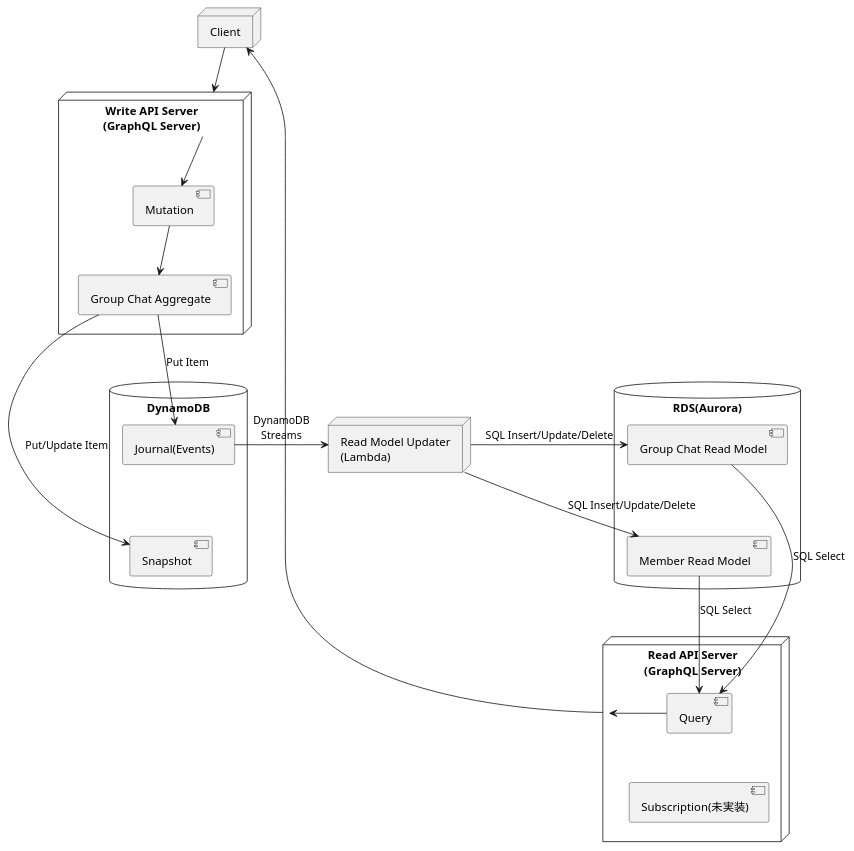
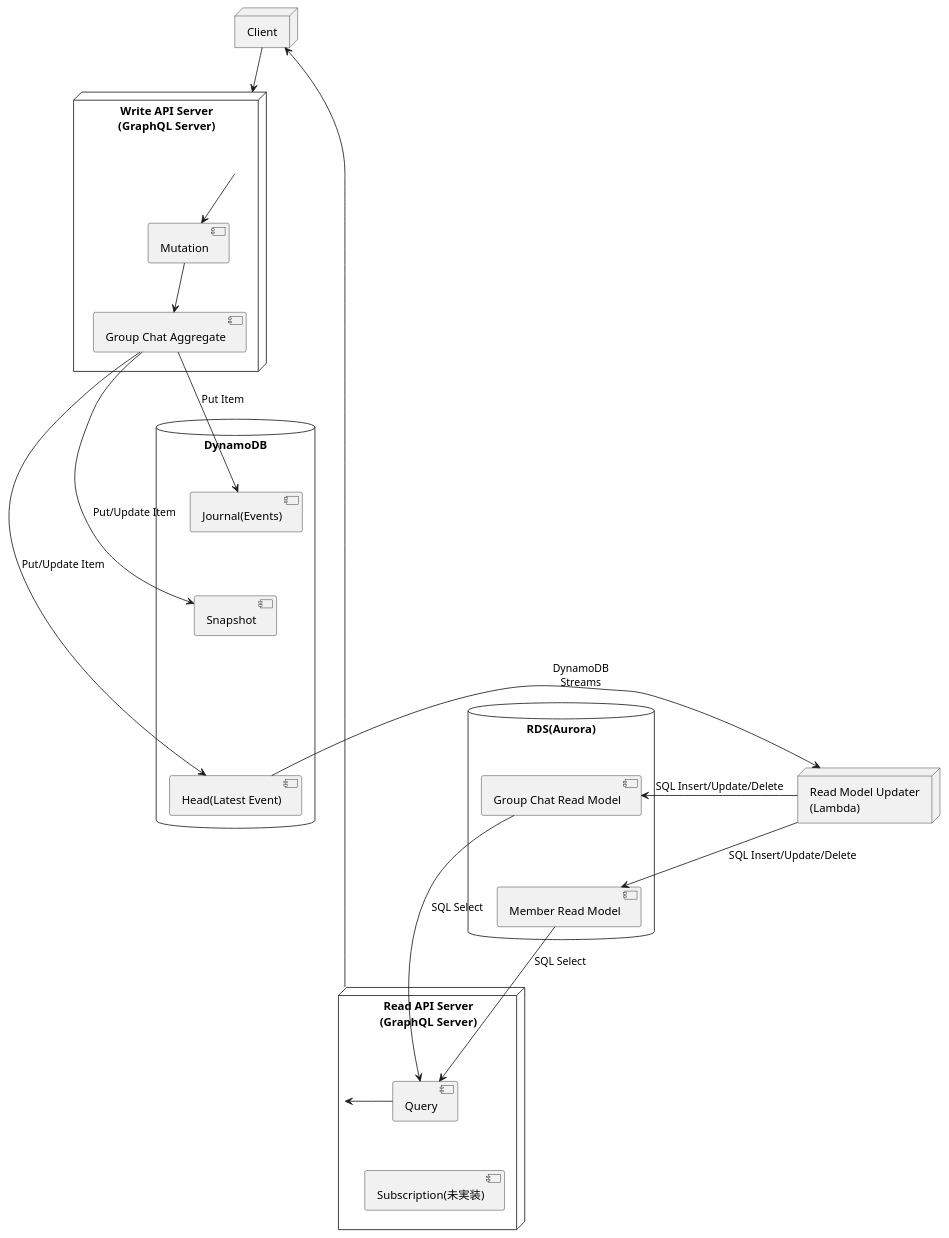
One commit to j5ik2o/cqrs-es-example-rs changed the diagram in docs/system-layout.puml. Above: the diagram before and after it, drawn with PlantUML. The commit also changed 51 other files, not shown here.

First line of the commit message:
feat: switch rs rmu to aggregate head streams

```diff
--- a/docs/system-layout.puml
+++ b/docs/system-layout.puml
@@ -1,52 +1,55 @@
 @startuml
 'https://plantuml.com/component-diagram
 
 node "Client" as client {
 }
 
 node "Write API Server\n(GraphQL Server)" as writeAPI {
     [Mutation] as mutation
     [Group Chat Aggregate] as groupChatAggregate
 }
 
 node "Read API Server\n(GraphQL Server)" as readAPI {
     [Query] as query
     [Subscription(未実装)] as subscripton
 }
 
 node "Read Model Updater\n(Lambda)" as updater {
 }
 
 database "DynamoDB" {
     [Journal(Events)] as journal
     [Snapshot] as snapshot
+    [Head(Latest Event)] as head
 }
 
 database "RDS(Aurora)" {
   [Group Chat Read Model] as groupChat
   [Member Read Model] as member
 }
 
 journal -[hidden]- snapshot
+snapshot -[hidden]- head
 groupChat -[hidden]- member
 query -[hidden]- subscripton
 
 writeAPI -d-> mutation
 mutation -d-> groupChatAggregate
 
 groupChatAggregate -d-> journal: Put Item
 groupChatAggregate -d-> snapshot: Put/Update Item
+groupChatAggregate -d-> head: Put/Update Item
 
-journal -r-> updater: DynamoDB\nStreams
+head -r-> updater: DynamoDB\nStreams
 
 updater -r-> groupChat: SQL Insert/Update/Delete
 updater -r-> member: SQL Insert/Update/Delete
 
 groupChat --> query: SQL Select
 member --> query: SQL Select
 query -> readAPI
 
 client -d-> writeAPI
 client <-r- readAPI
 
 @enduml
```
